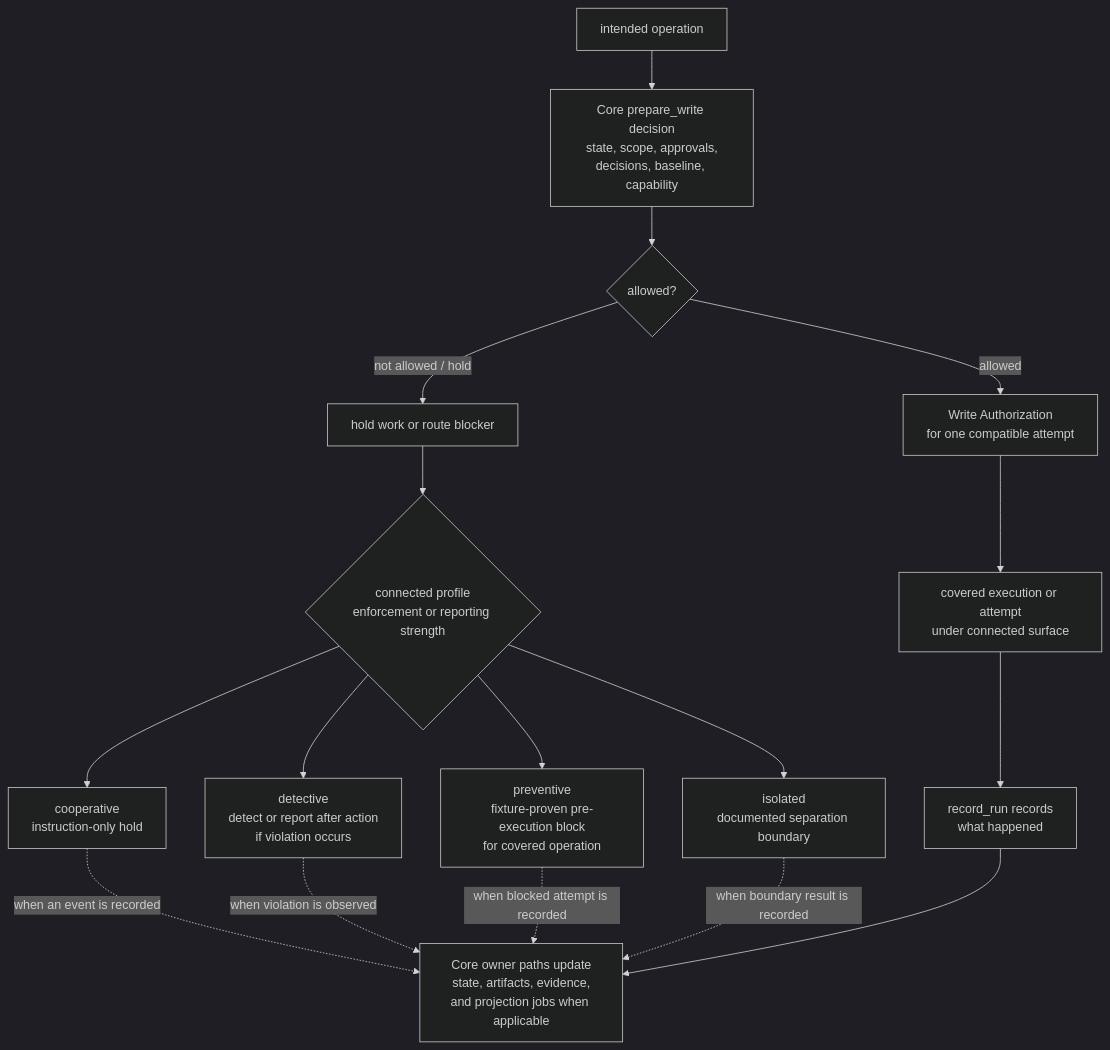
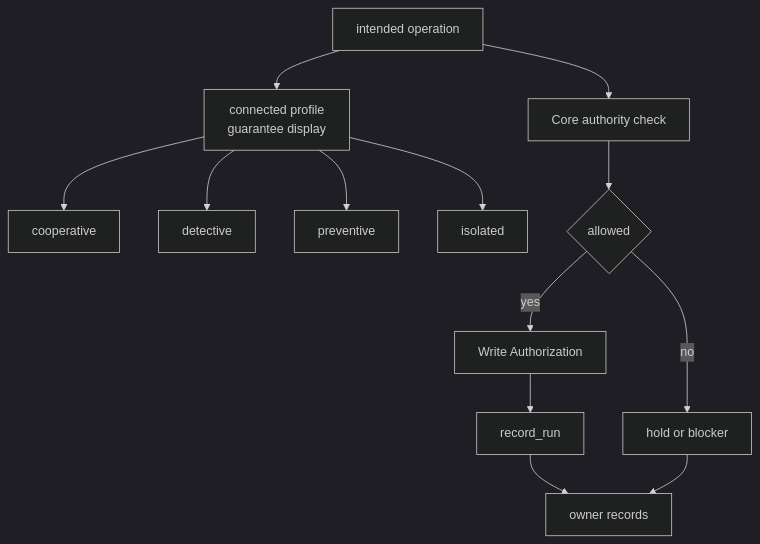
Before and after one commit to minjungw00/Volicord: the second of 2 diagrams in docs/en/reference/runtime-architecture.md, drawn with Mermaid (dark theme). The commit also changed other lines of this file and 11 other files, not shown here.

Commit message:
docs: refresh diagrams for clarified harness flows

````diff
--- a/docs/en/reference/runtime-architecture.md
+++ b/docs/en/reference/runtime-architecture.md
@@ -334,19 +334,15 @@
 ```mermaid
 flowchart TB
-  Operation["intended operation"] --> Core["Core prepare_write decision<br/>state, scope, approvals,<br/>decisions, baseline, capability"]
-  Core --> Decision{"allowed?"}
-  Decision -->|allowed| Authorization["Write Authorization<br/>for one compatible attempt"]
-  Authorization --> Attempt["covered execution or attempt<br/>under connected surface"]
-  Attempt --> Run["record_run records<br/>what happened"]
-  Decision -->|not allowed / hold| Hold["hold work or route blocker"]
-  Hold --> Profile{"connected profile<br/>enforcement or reporting strength"}
-  Profile --> Cooperative["cooperative<br/>instruction-only hold"]
-  Profile --> Detective["detective<br/>detect or report after action<br/>if violation occurs"]
-  Profile --> Preventive["preventive<br/>fixture-proven pre-execution block<br/>for covered operation"]
-  Profile --> Isolated["isolated<br/>documented separation boundary"]
-  Cooperative -. "when an event is recorded" .-> OwnerPaths
-  Detective -. "when violation is observed" .-> OwnerPaths
-  Preventive -. "when blocked attempt is recorded" .-> OwnerPaths
-  Isolated -. "when boundary result is recorded" .-> OwnerPaths
-  Run --> OwnerPaths["Core owner paths update<br/>state, artifacts, evidence,<br/>and projection jobs when applicable"]
+  Operation["intended operation"] --> Profile["connected profile<br/>guarantee display"]
+  Profile --> Cooperative["cooperative"]
+  Profile --> Detective["detective"]
+  Profile --> Preventive["preventive"]
+  Profile --> Isolated["isolated"]
+  Operation --> Core["Core authority check"]
+  Core --> Decision{"allowed"}
+  Decision -->|yes| Authorization["Write Authorization"]
+  Authorization --> Run["record_run"]
+  Run --> Owner["owner records"]
+  Decision -->|no| Blocker["hold or blocker"]
+  Blocker --> Owner
 ```
````
